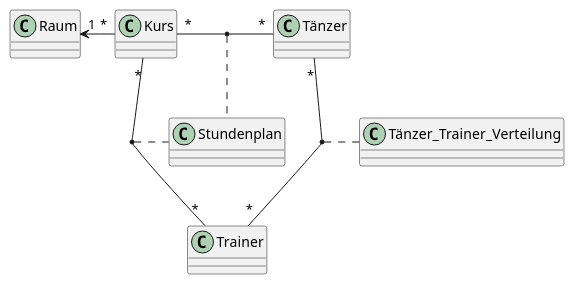
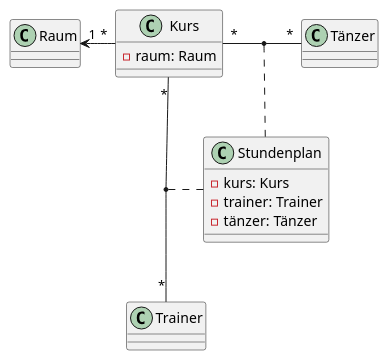
Before and after one commit to 2122-4ahif-nvs/01-microproject-HautzmayerSheila: the diagram in asciidocs/plantuml/Tanzverein.puml, drawn with PlantUML.

Commit message:
tanzverein.puml changed

```diff
--- a/asciidocs/plantuml/Tanzverein.puml
+++ b/asciidocs/plantuml/Tanzverein.puml
@@ -1,40 +1,38 @@
 @startuml
 'https://plantuml.com/class-diagram
 
 
 class Raum{
 
 }
 
 class Tänzer{
 
 }
 
 class Kurs{
-
+    -raum: Raum
 }
 
 class Stundenplan{
-
+    -kurs: Kurs
+    -trainer: Trainer
+    -tänzer: Tänzer
 }
 
 class Trainer{
 
 }
 
-class Tänzer_Trainer_Verteilung{
-
-}
 
 
 
 Kurs "*" -l-> "1" Raum
 Kurs "*" -- "*" Trainer
 Kurs "*" -l- "*" Tänzer
 
 (Kurs, Trainer) .. Stundenplan
 (Kurs, Tänzer) .. Stundenplan
-Tänzer "*" -- "*" Trainer
-(Trainer, Tänzer) .. Tänzer_Trainer_Verteilung
+
 
 @enduml
```
